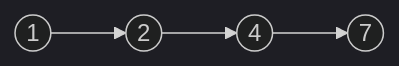
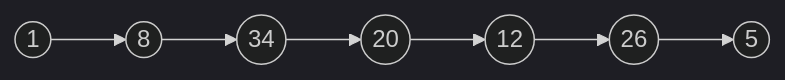
The diagram in projects/数据结构教程-李春葆/chapter/数据结构基本概念/数据的逻辑结构/图形.md (xyalim/data-structures-and-algorithms), drawn with Mermaid (dark theme) before and after one commit. The commit also changed 14 other files, not shown here.

````diff
--- a/projects/数据结构教程-李春葆/chapter/数据结构基本概念/数据的逻辑结构/图形.md
+++ b/projects/数据结构教程-李春葆/chapter/数据结构基本概念/数据的逻辑结构/图形.md
@@ -7,4 +7,4 @@
 ```mermaid 
 graph LR
-A((1)) --> B((2)) --> C((4)) --> D((7))
+A((1)) --> B((8)) --> C((34)) --> D((20)) --> E((12)) --> F((26)) --> G((5))
 ```
````
